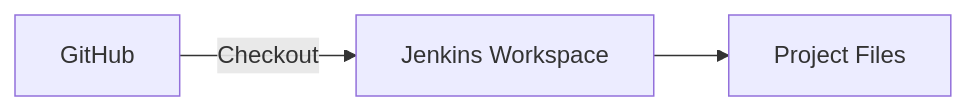
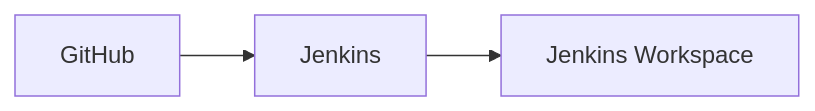
Before and after one commit to Yuvii2102/My-Devops-Cloud-Journey: the second of 26 diagrams in DevOps-Labs-and-Projects/33-CI-CD-Interview-Prep/README.md, drawn with Mermaid. The commit also changed other lines of this file, not shown here.

````diff
--- a/DevOps-Labs-and-Projects/33-CI-CD-Interview-Prep/README.md
+++ b/DevOps-Labs-and-Projects/33-CI-CD-Interview-Prep/README.md
@@ -116,5 +100,4 @@
 ```mermaid
 flowchart LR
-    A[GitHub] -->|Checkout| B[Jenkins Workspace]
-    B --> C[Project Files]
+    GH["GitHub"] --> J["Jenkins"] --> W["Jenkins Workspace"]
 ```
````
